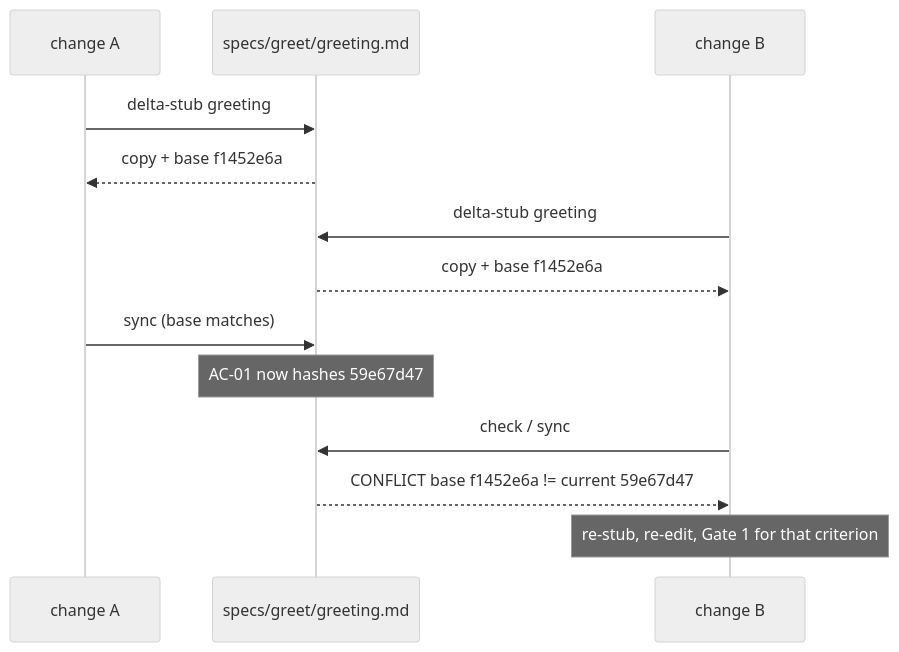
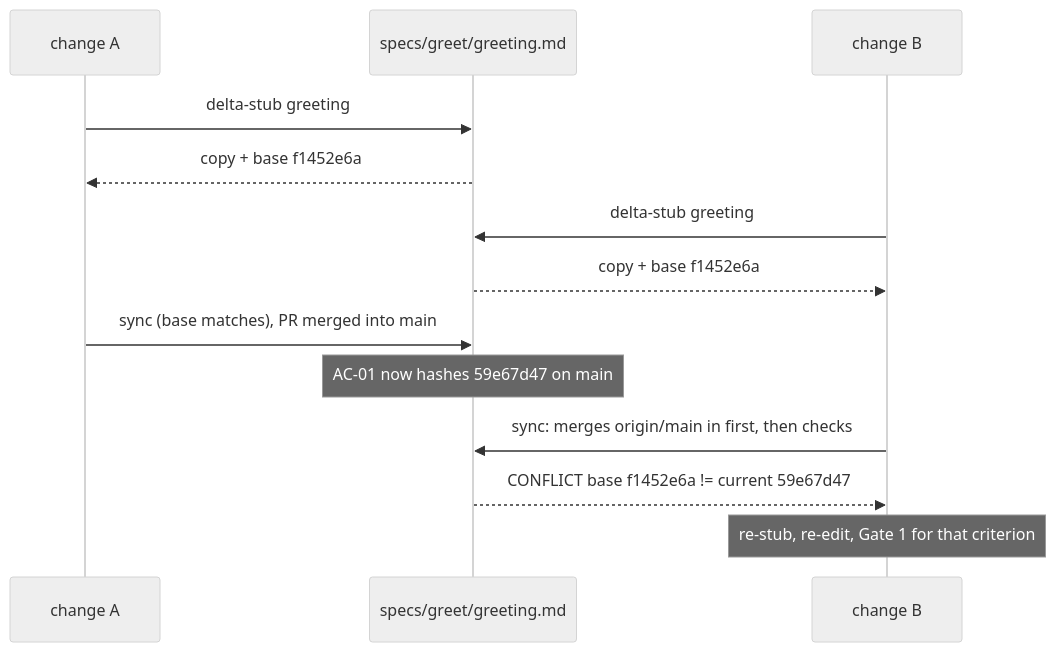
One commit to gpr/claude-plugins changed the diagram in plugins/meta/sdd/docs/explanation/determinism.md. Above: the diagram before and after it, drawn with Mermaid (neutral theme). The commit also changed other lines of this file and 23 other files, not shown here.

````diff
--- a/plugins/meta/sdd/docs/explanation/determinism.md
+++ b/plugins/meta/sdd/docs/explanation/determinism.md
@@ -31,15 +31,15 @@
 ```mermaid
 sequenceDiagram
     participant A as change A
     participant S as specs/greet/greeting.md
     participant B as change B
     A->>S: delta-stub greeting#AC-01
     S-->>A: copy + base f1452e6a
     B->>S: delta-stub greeting#AC-01
     S-->>B: copy + base f1452e6a
-    A->>S: sync (base matches)
-    Note over S: AC-01 now hashes 59e67d47
-    B->>S: check / sync
+    A->>S: sync (base matches), PR merged into main
+    Note over S: AC-01 now hashes 59e67d47 on main
+    B->>S: sync: merges origin/main in first, then checks
     S-->>B: CONFLICT base f1452e6a != current 59e67d47
     Note over B: re-stub, re-edit, Gate 1 for that criterion
 ```
````
